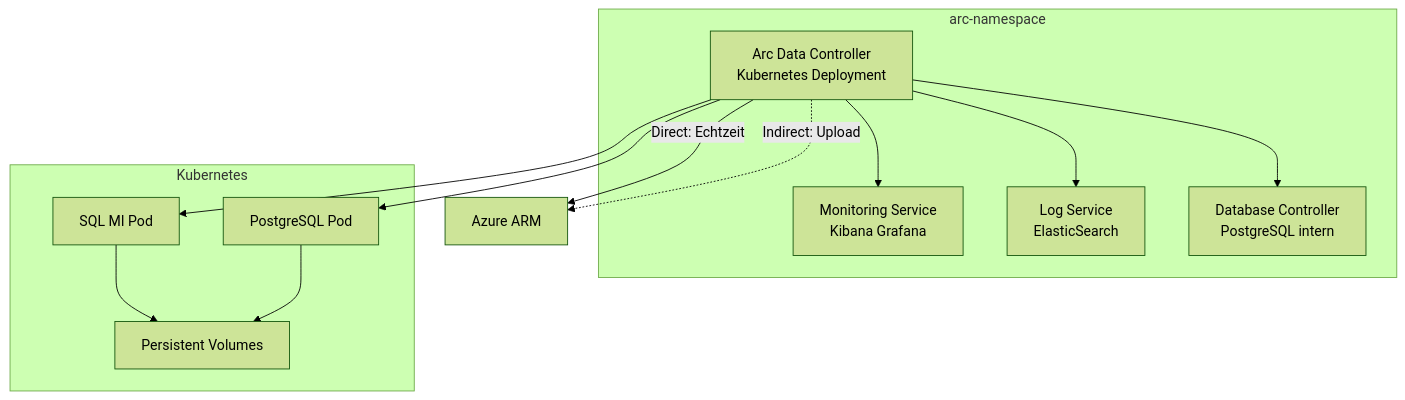
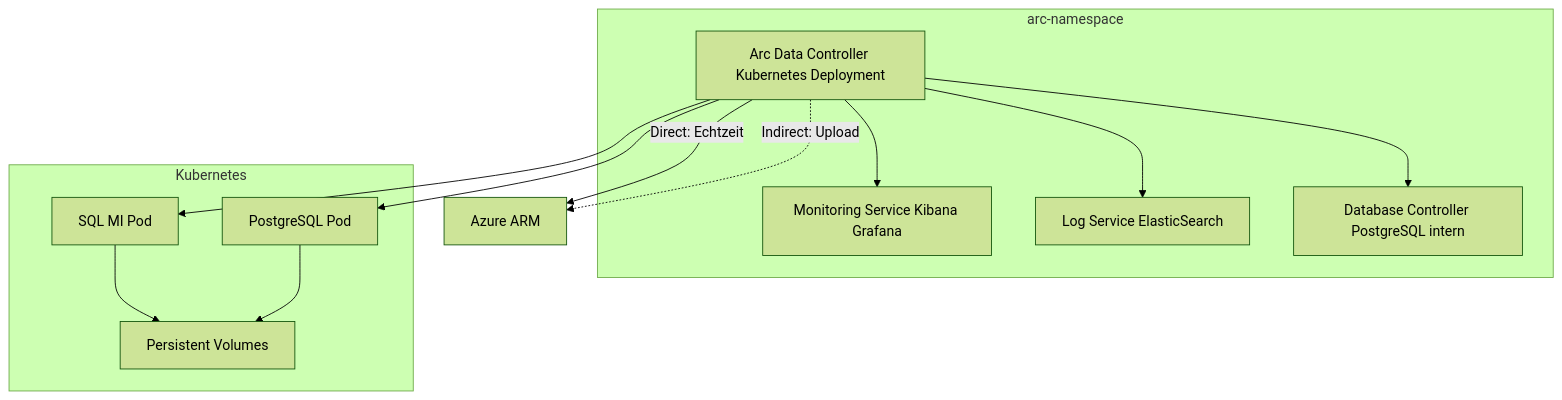
The third of 7 diagrams in Microsoft 365/Azure/Arc/Arc-enabled Data Services.md (SoniiiT/notes-n-docs), drawn with Mermaid (forest theme) before and after one commit. The commit also changed other lines of this file and 124 other files, not shown here.

First line of the commit message:
fix: Entferne \n aus allen Mermaid-Diagrammen (125 Dateien)

````diff
--- a/Microsoft 365/Azure/Arc/Arc-enabled Data Services.md
+++ b/Microsoft 365/Azure/Arc/Arc-enabled Data Services.md
@@ -163,27 +163,27 @@
 ```mermaid
 graph TD
     subgraph arc-namespace
-        CTRL[Arc Data Controller\nKubernetes Deployment]
-        MONITOR_SVC[Monitoring Service\nKibana Grafana]
-        LOG_SVC[Log Service\nElasticSearch]
-        DB_SVC[Database Controller\nPostgreSQL intern]
+        CTRL[Arc Data Controller Kubernetes Deployment]
+        MONITOR_SVC[Monitoring Service Kibana Grafana]
+        LOG_SVC[Log Service ElasticSearch]
+        DB_SVC[Database Controller PostgreSQL intern]
     end
 
     subgraph Kubernetes
         SQLMI_POD[SQL MI Pod]
         PG_POD[PostgreSQL Pod]
         STORAGE[Persistent Volumes]
     end
 
     AZURE[Azure ARM]
 
     CTRL --> SQLMI_POD
     CTRL --> PG_POD
     SQLMI_POD --> STORAGE
     PG_POD --> STORAGE
     CTRL --> MONITOR_SVC
     CTRL --> LOG_SVC
     CTRL --> DB_SVC
     CTRL -->|Direct: Echtzeit| AZURE
     CTRL -.->|Indirect: Upload| AZURE
 ```
````
